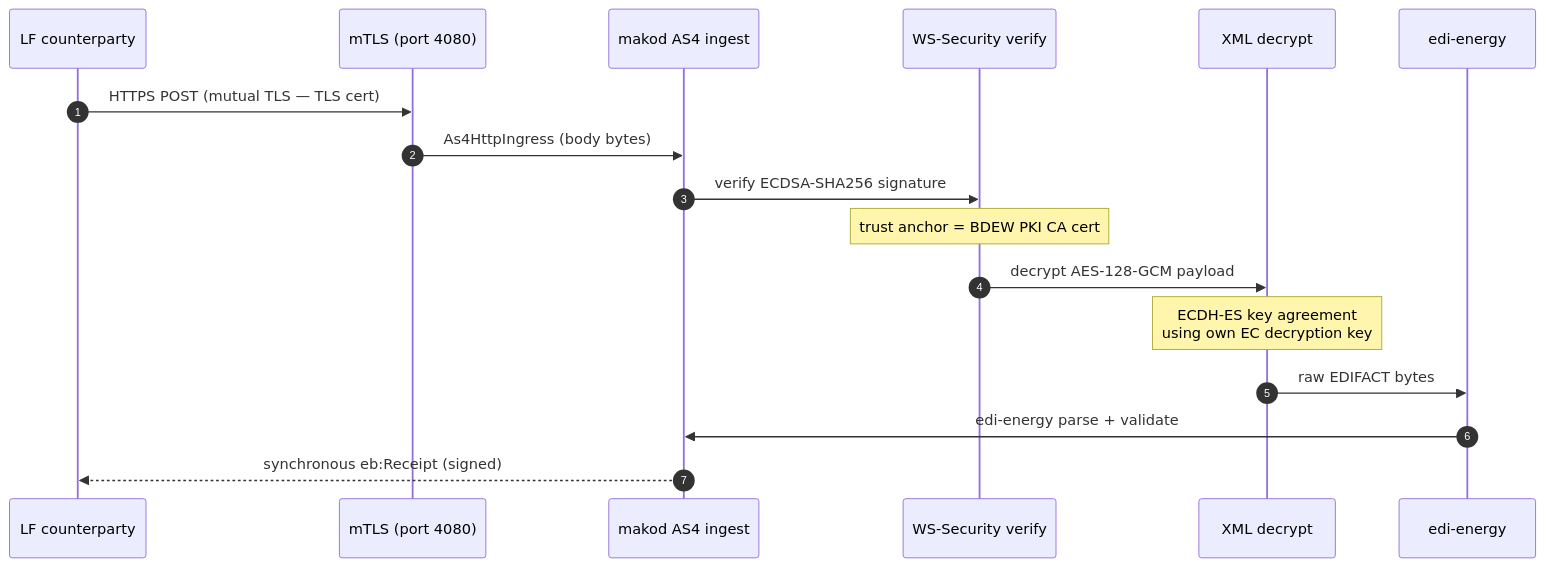
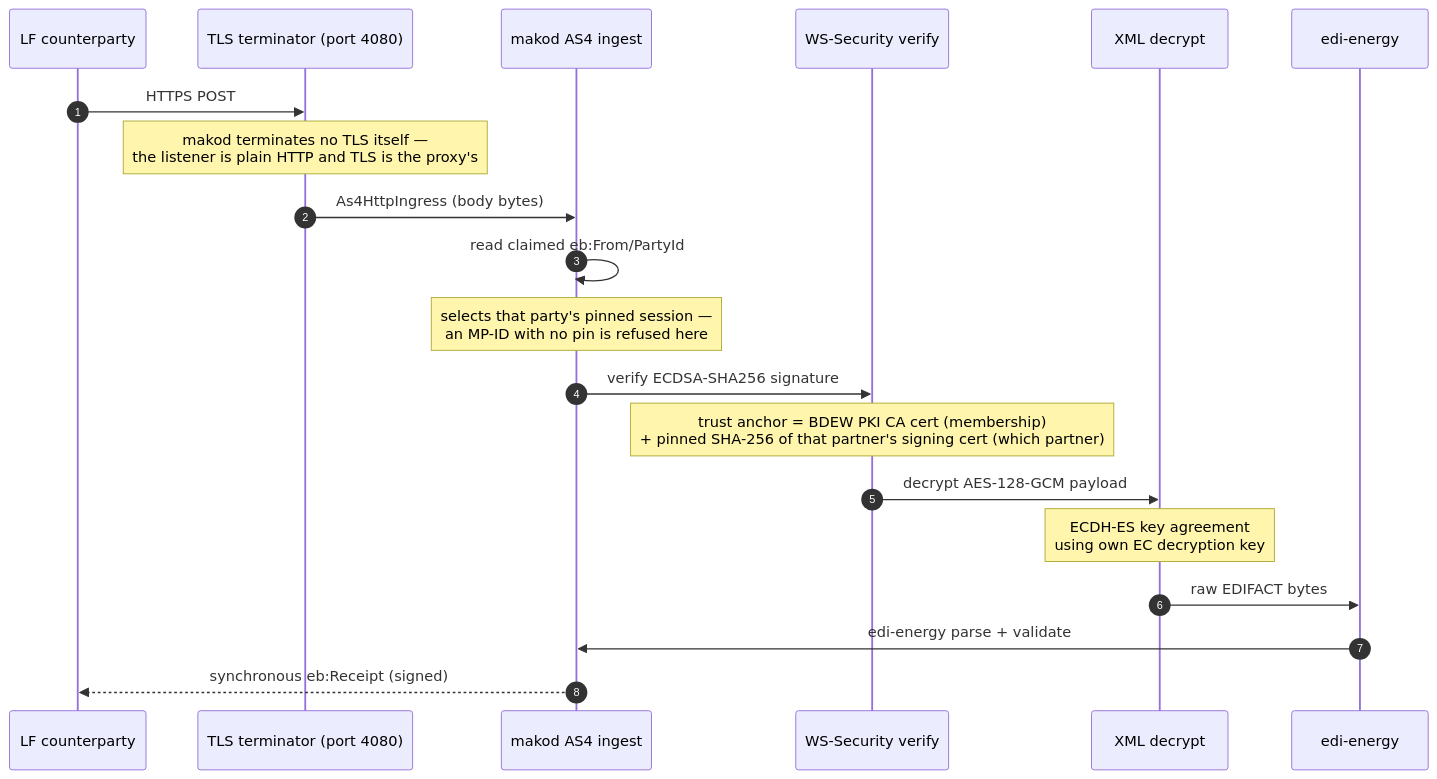
One commit to hupe1980/mako changed the first of 3 diagrams in site/content/docs/reference/as4-bdew.md. Above: the diagram before and after it, drawn with Mermaid. The commit also changed other lines of this file and 360 other files, not shown here.

````diff
--- a/site/content/docs/reference/as4-bdew.md
+++ b/site/content/docs/reference/as4-bdew.md
@@ -358,20 +383,23 @@
 ```mermaid
 sequenceDiagram
     autonumber
     participant LF as LF counterparty
-    participant TLS as mTLS (port 4080)
+    participant TLS as TLS terminator (port 4080)
     participant makod as makod AS4 ingest
     participant sig as WS-Security verify
     participant dec as XML decrypt
     participant edifact as edi-energy
 
-    LF->>TLS: HTTPS POST (mutual TLS — TLS cert)
+    LF->>TLS: HTTPS POST
+    Note over TLS: makod terminates no TLS itself —<br/>the listener is plain HTTP and TLS is the proxy's
     TLS->>makod: As4HttpIngress (body bytes)
+    makod->>makod: read claimed eb:From/PartyId
+    Note over makod: selects that party's pinned session —<br/>an MP-ID with no pin is refused here
     makod->>sig: verify ECDSA-SHA256 signature
-    Note over sig: trust anchor = BDEW PKI CA cert
+    Note over sig: trust anchor = BDEW PKI CA cert (membership)<br/>+ pinned SHA-256 of that partner's signing cert (which partner)
     sig->>dec: decrypt AES-128-GCM payload
     Note over dec: ECDH-ES key agreement<br/>using own EC decryption key
     dec->>edifact: raw EDIFACT bytes
     edifact->>makod: edi-energy parse + validate
     makod-->>LF: synchronous eb:Receipt (signed)
 ```
````
